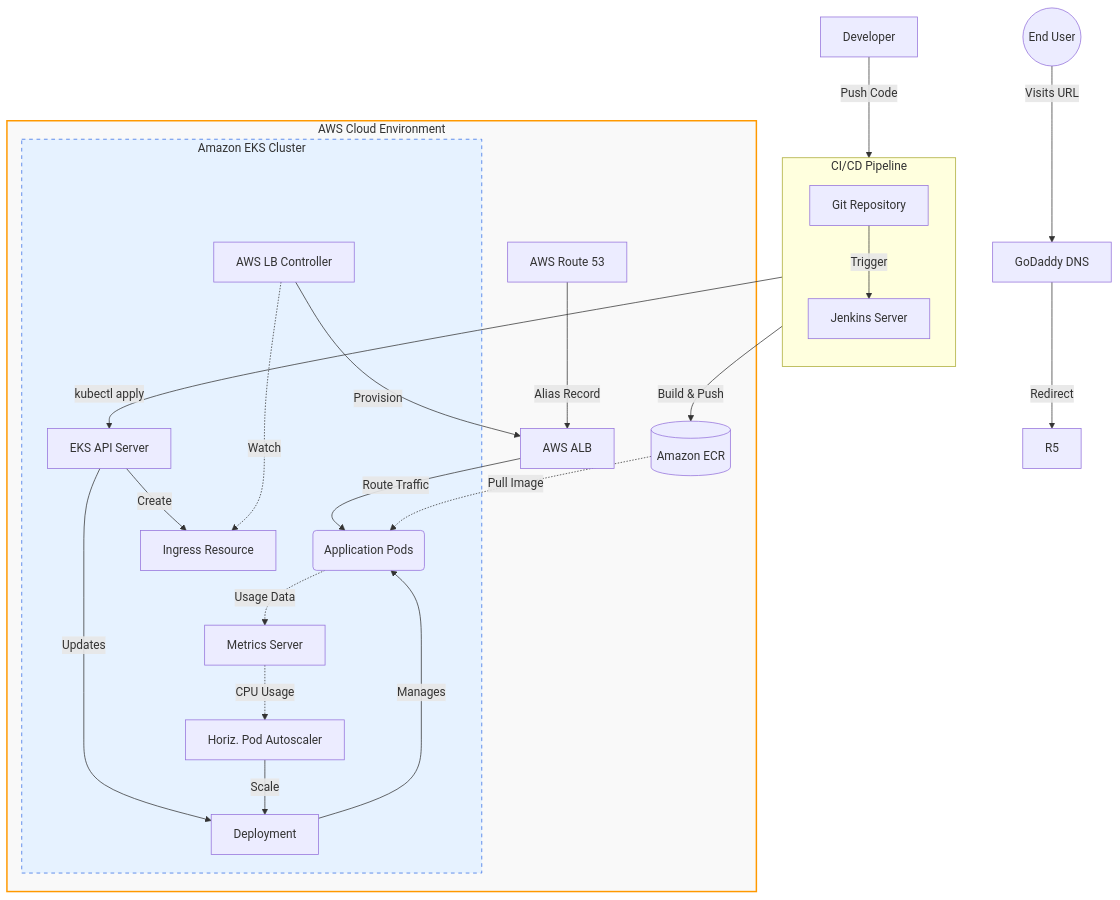
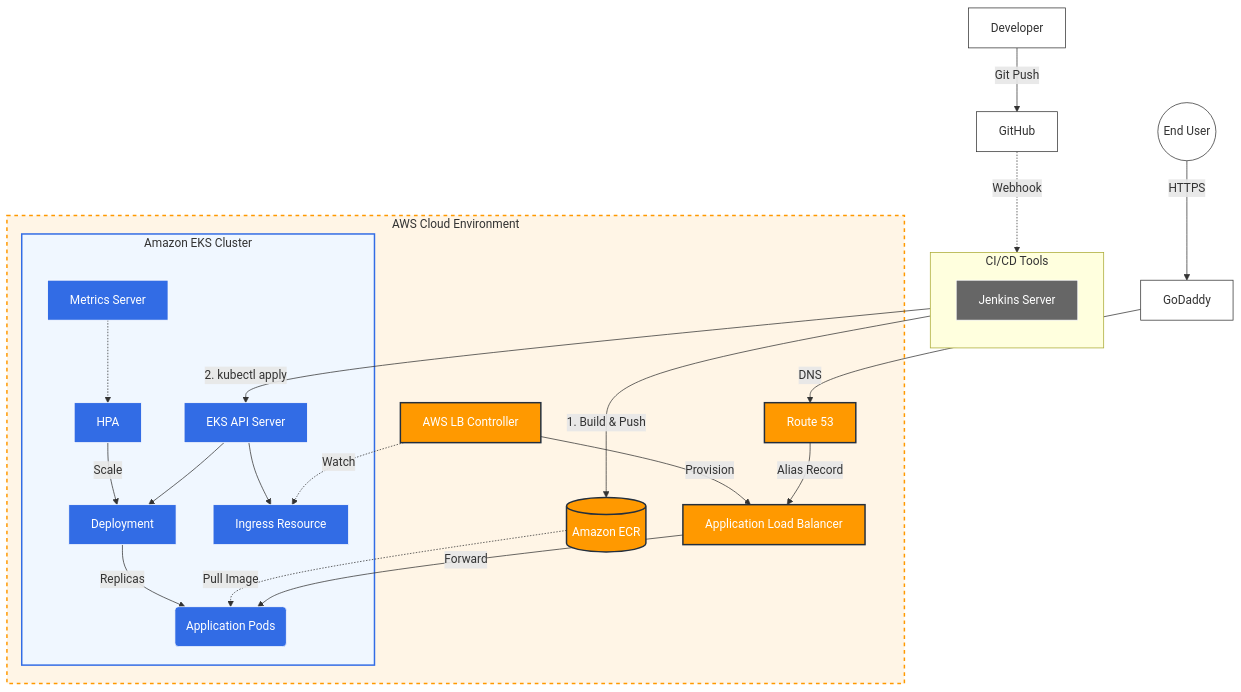
One commit to jamesstop1201/DevopsFlow changed the diagram in README.md. Above: the diagram before and after it, drawn with Mermaid.

Commit message:
docs(readme): 調整雲端架構圖顏色

````diff
--- a/README.md
+++ b/README.md
@@ -12,62 +12,71 @@
 ``` mermaid 
 graph TD
     %% --- 樣式定義區 ---
-    %% AWS: 橘底白字
-    classDef aws fill:#FF9900,stroke:#232F3E,stroke-width:2px,color:white;
-    %% K8s: 藍底白字 (修正原本黑字看不清楚的問題)
-    classDef k8s fill:#326CE5,stroke:#fff,stroke-width:2px,color:white;
-    %% CICD: 深灰底白字
-    classDef cicd fill:#333,stroke:#fff,stroke-width:2px,color:white;
-    %% 外部: 淺灰底黑字
-    classDef ext fill:#ddd,stroke:#333,stroke-width:2px,color:black;
+    %% AWS Core: 橘底白字
+    classDef aws fill:#FF9900,stroke:#232F3E,stroke-width:2px,color:#fff;
+    %% K8s Core: 藍底白字
+    classDef k8s fill:#326CE5,stroke:#fff,stroke-width:1px,color:#fff;
+    %% CI/CD: 灰色底
+    classDef cicd fill:#666,stroke:#fff,stroke-width:1px,color:#fff;
+    %% External: 白底黑字 (在深色模式也會強制顯示白底以保持清晰)
+    classDef ext fill:#ffffff,stroke:#333,stroke-width:1px,color:#333;
 
-    %% --- 外部使用者 ---
-    Dev[Developer] -->|Push Code| Git[Git Repository]
-    User((End User)) -->|Visits URL| GD[GoDaddy DNS]
+    %% --- 外部角色 ---
+    Dev[Developer] -->|Git Push| Git[GitHub]
+    User((End User)) -->|HTTPS| GD[GoDaddy]
 
-    %% --- CI/CD Pipeline 區塊 ---
-    subgraph CI_CD_Pipeline [CI/CD Pipeline]
+    Git -.->|Webhook| Jen
+
+    subgraph CI_CD_Pipeline [CI/CD Tools]
         direction TB
-        Git -->|Trigger| Jen[Jenkins Server]
+        Jen[Jenkins Server]
     end
 
     %% --- AWS 雲端環境區塊 ---
     subgraph AWS_Cloud [AWS Cloud Environment]
-        style AWS_Cloud fill:#f9f9f9,stroke:#FF9900,stroke-width:2px
+        %% 使用 Hex Code 修正 rgba 錯誤，#fff5e6 是極淺橘色
+        style AWS_Cloud fill:#fff5e6,stroke:#FF9900,stroke-width:2px,stroke-dasharray: 5 5
         
-        %% 將 ECR 移入 AWS 環境內，減少跨區塊長線條
-        Jen -->|Build & Push| ECR[(Amazon ECR)]
+        ECR[(Amazon ECR)]
         
         %% EKS 叢集
         subgraph EKS_Cluster [Amazon EKS Cluster]
-            style EKS_Cluster fill:#e6f2ff,stroke:#326CE5,stroke-dasharray: 5 5
+            %% #f0f7ff 是極淺藍色
+            style EKS_Cluster fill:#f0f7ff,stroke:#326CE5,stroke-width:2px
             
-            %% Control Plane 互動
-            Jen -->|kubectl apply| EKS_API[EKS API Server]
+            EKS_API[EKS API Server]
+            Deploy[Deployment]
+            Pods(Application Pods)
             
-            %% 應用部署邏輯
-            EKS_API -->|Updates| Deploy[Deployment]
-            Deploy -->|Manages| Pods(Application Pods)
-            
-            %% HPA 迴圈 (放在側邊)
-            Metrics[Metrics Server] -.->|CPU Usage| HPA[Horiz. Pod Autoscaler]
+            Metrics[Metrics Server] -.-> HPA[HPA]
             HPA -->|Scale| Deploy
-            Pods -.->|Usage Data| Metrics
-
-            %% Ingress 邏輯
-            EKS_API -->|Create| Ingress[Ingress Resource]
-            LBC[AWS LB Controller] -.->|Watch| Ingress
+            Deploy -->|Replicas| Pods
+            Ingress[Ingress Resource]
         end
 
-        %% 網路層 (與 EKS 互動)
-        LBC -->|Provision| ALB[AWS ALB]
-        R53[AWS Route 53] -->|Alias Record| ALB
-        ALB -->|Route Traffic| Pods
+        LBC[AWS LB Controller]
+        ALB[Application Load Balancer]
+        R53[Route 53]
+
+        %% 互動線條
+        Jen -->|1. Build & Push| ECR
+        Jen -->|2. kubectl apply| EKS_API
+        EKS_API --> Deploy
+        EKS_API --> Ingress
         
-        %% 映像檔拉取 (線條現在變短了)
         ECR -.->|Pull Image| Pods
+        
+        LBC -.->|Watch| Ingress
+        LBC -->|Provision| ALB
+        R53 -->|Alias Record| ALB
+        ALB -->|Forward| Pods
     end
 
-    %% --- 外部連接 ---
-    GD -->|Redirect| R5
+    GD -->|DNS| R53
+
+    %% --- 應用樣式 ---
+    class Dev,Git,GD,User ext;
+    class Jen cicd;
+    class ECR,ALB,R53,LBC aws;
+    class EKS_API,Deploy,Pods,HPA,Ingress,Metrics k8s;
 ```
````
